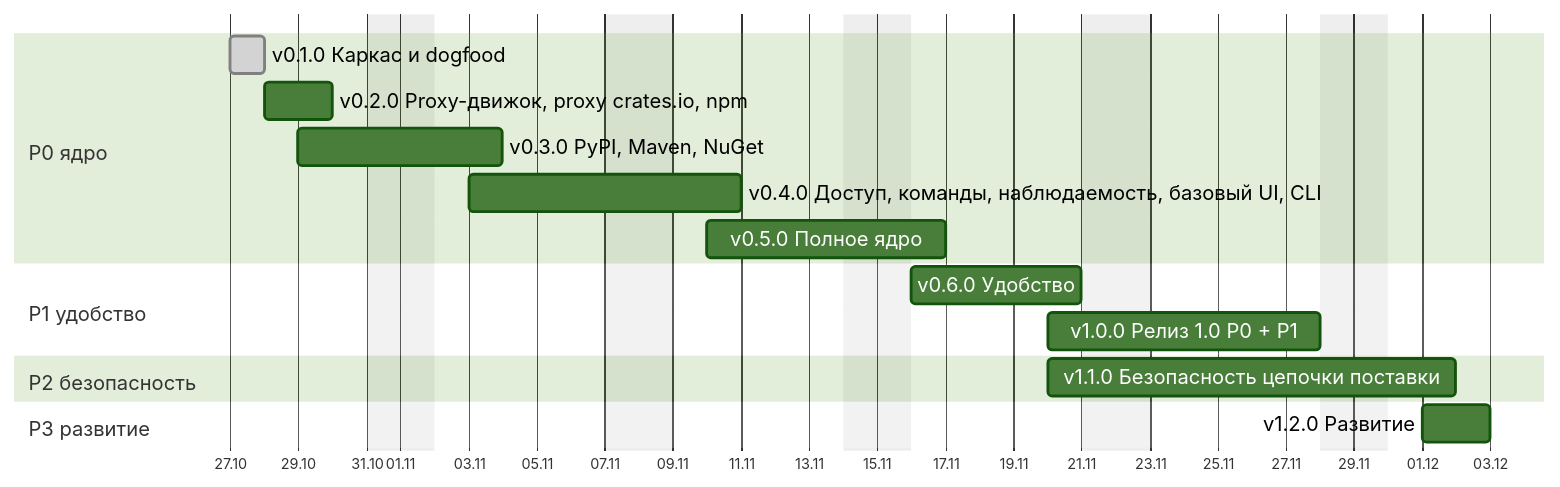
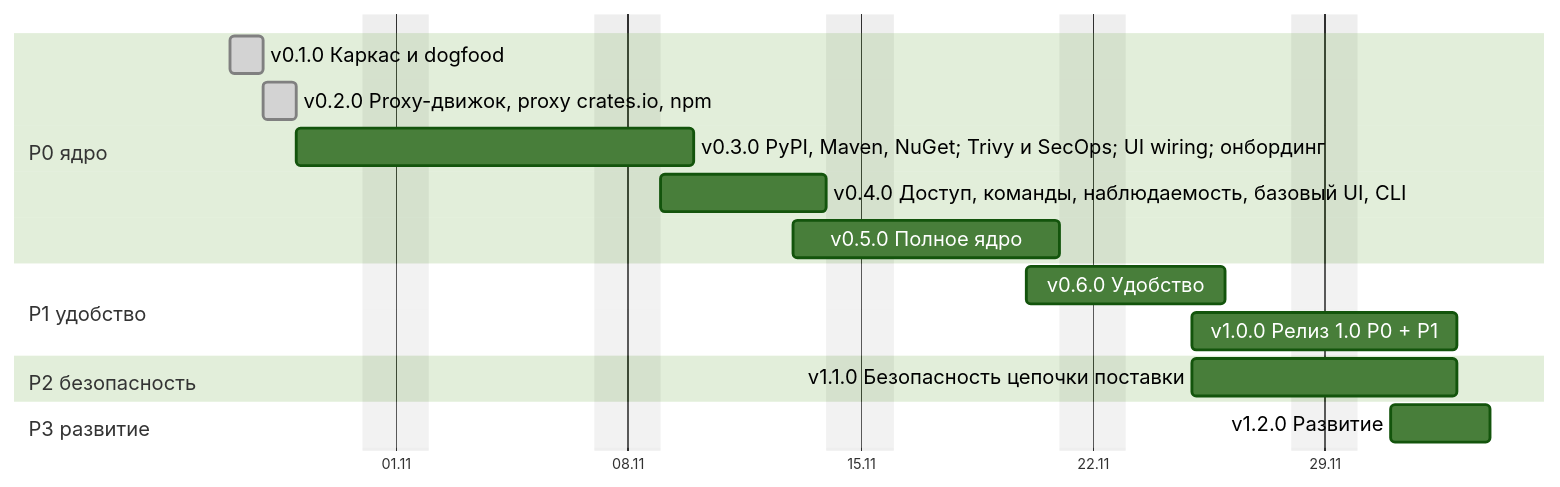
Before and after one commit to izevg/CRANE: the diagram in ROADMAP.md, drawn with Mermaid (forest theme). The commit also changed other lines of this file and 3 other files, not shown here.

Commit message:
docs(roadmap): add three parallel streams and first-run onboarding to v0.3.0

````diff
--- a/ROADMAP.md
+++ b/ROADMAP.md
@@ -21,21 +21,21 @@
 ```mermaid
 %%{init: {"gantt": {"fontSize": 14, "sectionFontSize": 14, "barHeight": 26, "barGap": 6, "leftPadding": 150}}}%%
 gantt
   todayMarker off
   dateFormat YYYY-MM-DD
   axisFormat %d.%m
   excludes weekends
   section P0 ядро
   v0.1.0 Каркас и dogfood :done, 2026-10-27, 1d
-  v0.2.0 Proxy-движок, proxy crates.io, npm :2026-10-28, 2d
-  v0.3.0 PyPI, Maven, NuGet :2026-10-29, 4d
-  v0.4.0 Доступ, команды, наблюдаемость, базовый UI, CLI :2026-11-03, 6d
-  v0.5.0 Полное ядро :2026-11-10, 5d
+  v0.2.0 Proxy-движок, proxy crates.io, npm :done, 2026-10-28, 1d
+  v0.3.0 PyPI, Maven, NuGet; Trivy и SecOps; UI wiring; онбординг :2026-10-29, 8d
+  v0.4.0 Доступ, команды, наблюдаемость, базовый UI, CLI :2026-11-09, 5d
+  v0.5.0 Полное ядро :2026-11-13, 6d
   section P1 удобство
-  v0.6.0 Удобство :2026-11-16, 5d
-  v1.0.0 Релиз 1.0 P0 + P1 :2026-11-20, 6d
+  v0.6.0 Удобство :2026-11-20, 4d
+  v1.0.0 Релиз 1.0 P0 + P1 :2026-11-25, 6d
   section P2 безопасность
-  v1.1.0 Безопасность цепочки поставки :2026-11-20, 8d
+  v1.1.0 Безопасность цепочки поставки :2026-11-25, 6d
   section P3 развитие
-  v1.2.0 Развитие :2026-12-01, 2d
+  v1.2.0 Развитие :2026-12-01, 3d
 ```
````
